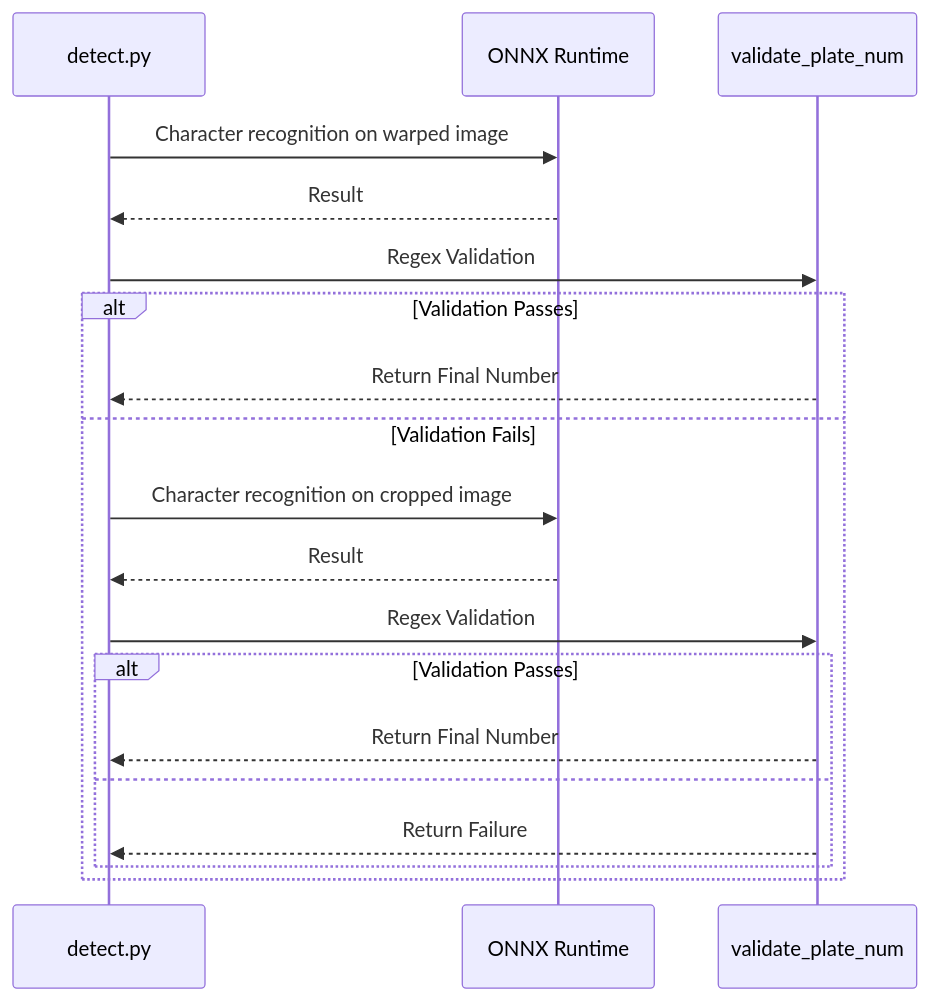
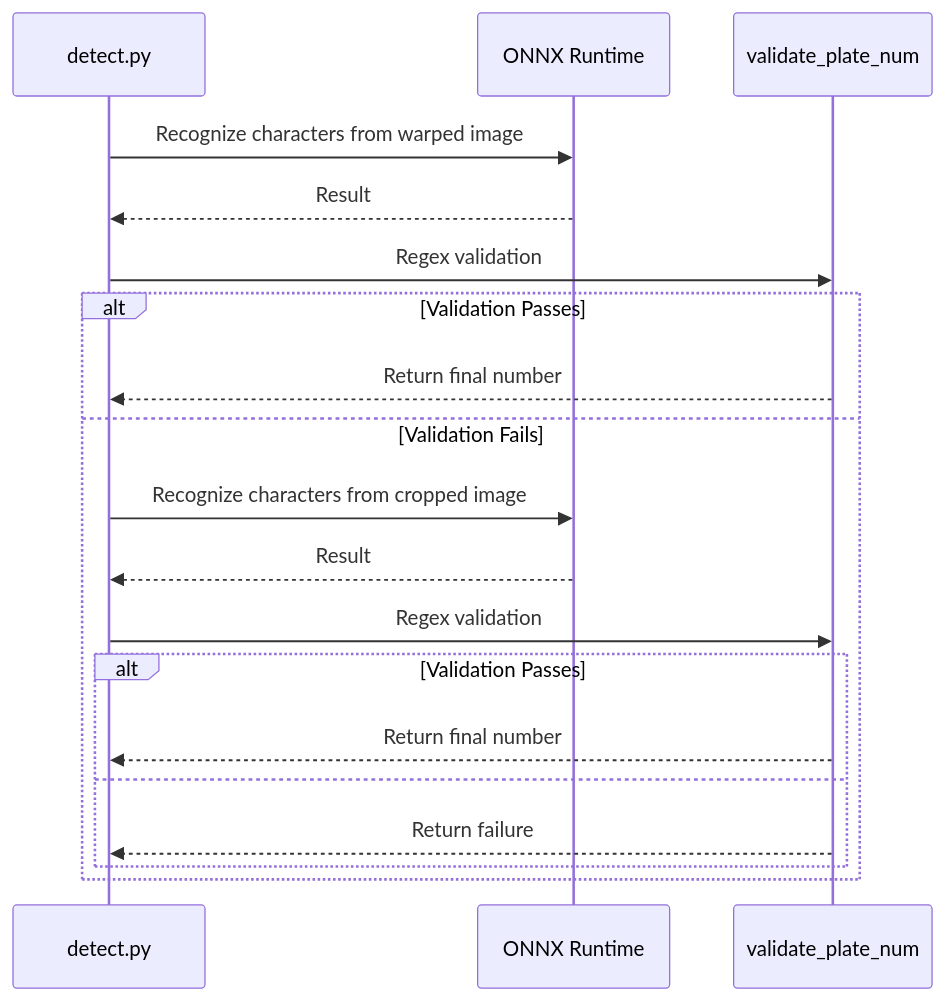
One commit to mandacode-labs/mandacode-devs changed the second of 2 diagrams in src/content/blog/en/korean-license-plate-deep-dive.md. Above: the diagram before and after it, drawn with Mermaid. The commit also changed other lines of this file and 40 other files, not shown here.

````diff
--- a/src/content/blog/en/korean-license-plate-deep-dive.md
+++ b/src/content/blog/en/korean-license-plate-deep-dive.md
@@ -98,23 +99,23 @@
 ```mermaid
 sequenceDiagram
     participant Detect as detect.py
     participant ONNX as ONNX Runtime
     participant Validate as validate_plate_num
 
-    Detect->>ONNX: Character recognition on warped image
+    Detect->>ONNX: Recognize characters from warped image
     ONNX-->>Detect: Result
-    Detect->>Validate: Regex Validation
+    Detect->>Validate: Regex validation
 
     alt Validation Passes
-        Validate-->>Detect: Return Final Number
+        Validate-->>Detect: Return final number
     else Validation Fails
-        Detect->>ONNX: Character recognition on cropped image
+        Detect->>ONNX: Recognize characters from cropped image
         ONNX-->>Detect: Result
-        Detect->>Validate: Regex Validation
+        Detect->>Validate: Regex validation
         alt Validation Passes
-            Validate-->>Detect: Return Final Number
+            Validate-->>Detect: Return final number
         else
-            Validate-->>Detect: Return Failure
+            Validate-->>Detect: Return failure
         end
     end
 ```
````
